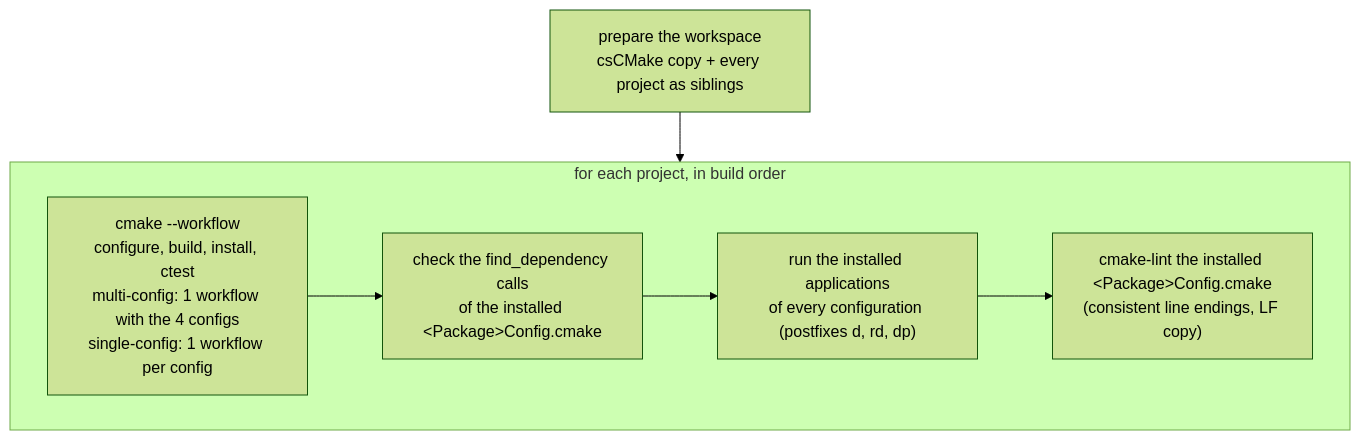
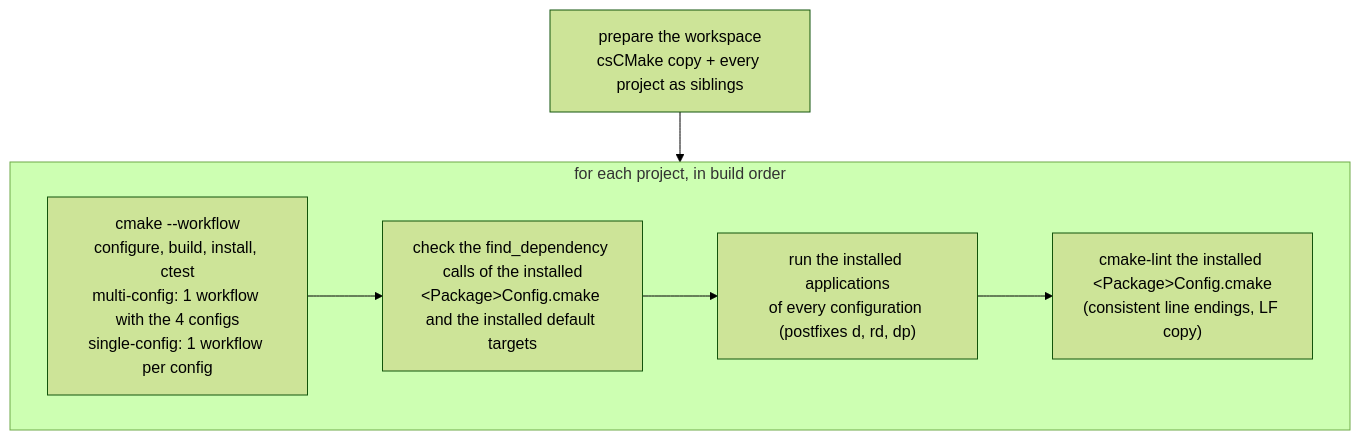
One commit to cscosine/csCMake changed the third of 3 diagrams in tests/smoke/README.md. Above: the diagram before and after it, drawn with Mermaid (forest theme). The commit also changed other lines of this file and 17 other files, not shown here.

First line of the commit message:
Phase 3a step 3: namespace in cs_initialize_project, default targets

````diff
--- a/tests/smoke/README.md
+++ b/tests/smoke/README.md
@@ -86,11 +87,11 @@
 ```mermaid
 flowchart TD
     ws["prepare the workspace<br/>csCMake copy + every project as siblings"] --> loop
     subgraph loop["for each project, in build order"]
         wf["cmake --workflow<br/>configure, build, install, ctest<br/>multi-config: 1 workflow with the 4 configs<br/>single-config: 1 workflow per config"]
-        deps["check the find_dependency calls<br/>of the installed &lt;Package&gt;Config.cmake"]
+        deps["check the find_dependency calls of the installed<br/>&lt;Package&gt;Config.cmake and the installed default targets"]
         apps["run the installed applications<br/>of every configuration (postfixes d, rd, dp)"]
         lint["cmake-lint the installed &lt;Package&gt;Config.cmake<br/>(consistent line endings, LF copy)"]
         wf --> deps --> apps --> lint
     end
 ```
````
